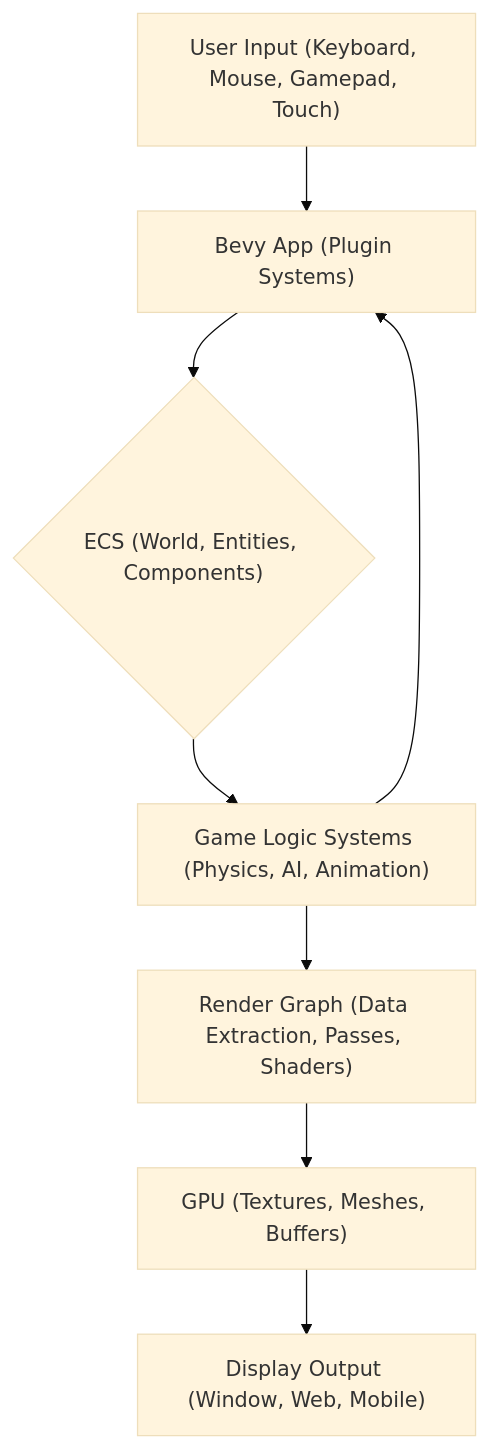
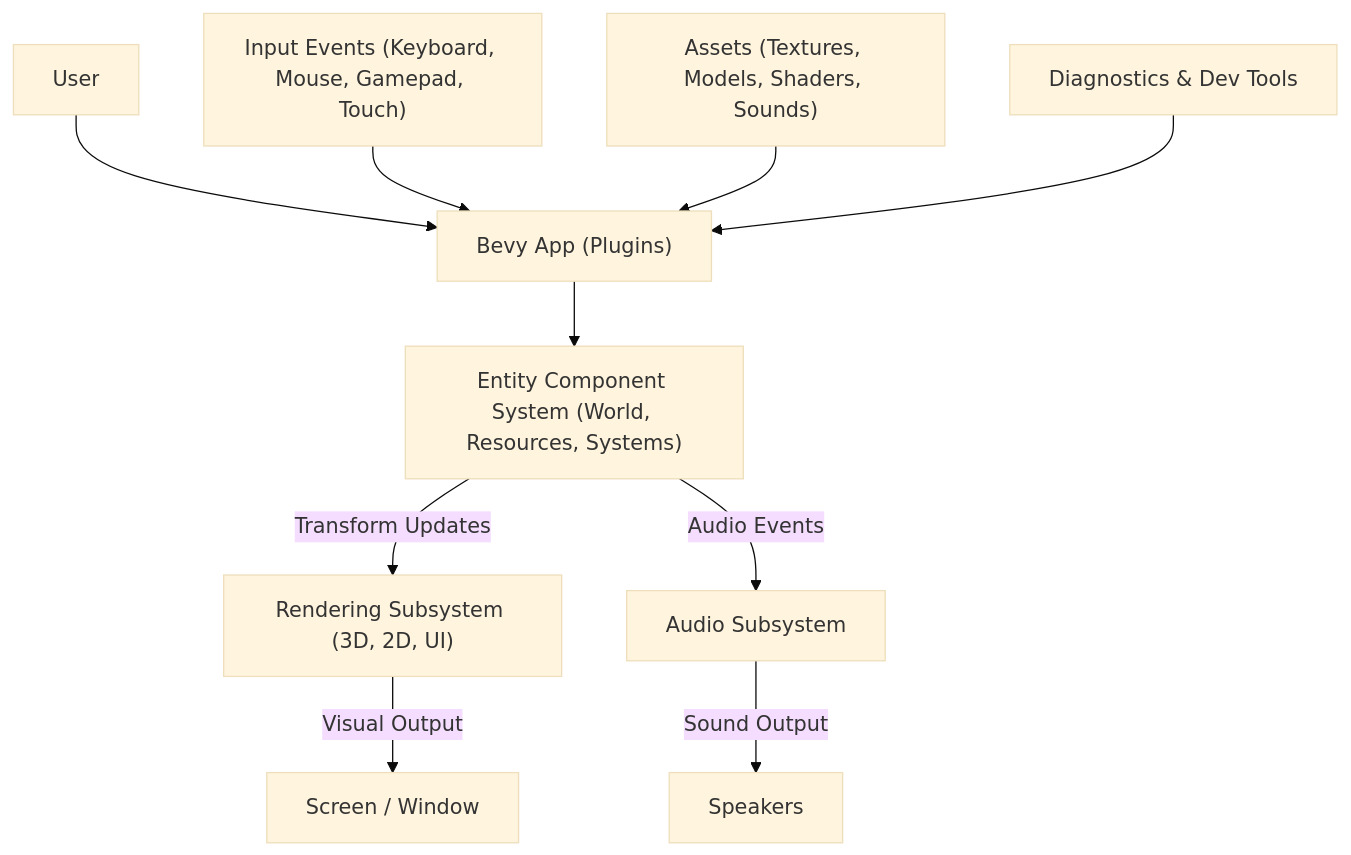
Before and after one commit to grewal16/bevy: the diagram in README.md, drawn with Mermaid (base theme). The commit also changed other lines of this file, not shown here.

````diff
--- a/README.md
+++ b/README.md
@@ -25,10 +31,12 @@
 ```mermaid
 graph TD
-    A["User Input (Keyboard, Mouse, Gamepad, Touch)"] --> B["Bevy App (Plugin Systems)"];
-    B --> C{"ECS (World, Entities, Components)"};
-    C --> D["Game Logic Systems (Physics, AI, Animation)"];
-    D --> B;
-    D --> E["Render Graph (Data Extraction, Passes, Shaders)"];
-    E --> F["GPU (Textures, Meshes, Buffers)"];
-    F --> G["Display Output (Window, Web, Mobile)"];
+    User --> BevyApp["Bevy App (Plugins)"];
+    BevyApp --> ECS["Entity Component System (World, Resources, Systems)"];
+    ECS -- Transform Updates --> Rendering["Rendering Subsystem (3D, 2D, UI)"];
+    ECS -- Audio Events --> Audio["Audio Subsystem"];
+    Rendering -- Visual Output --> Display["Screen / Window"];
+    Audio -- Sound Output --> Speakers["Speakers"];
+    Input["Input Events (Keyboard, Mouse, Gamepad, Touch)"] --> BevyApp;
+    Assets["Assets (Textures, Models, Shaders, Sounds)"] --> BevyApp;
+    Diagnostics["Diagnostics & Dev Tools"] --> BevyApp;
 ```
````
